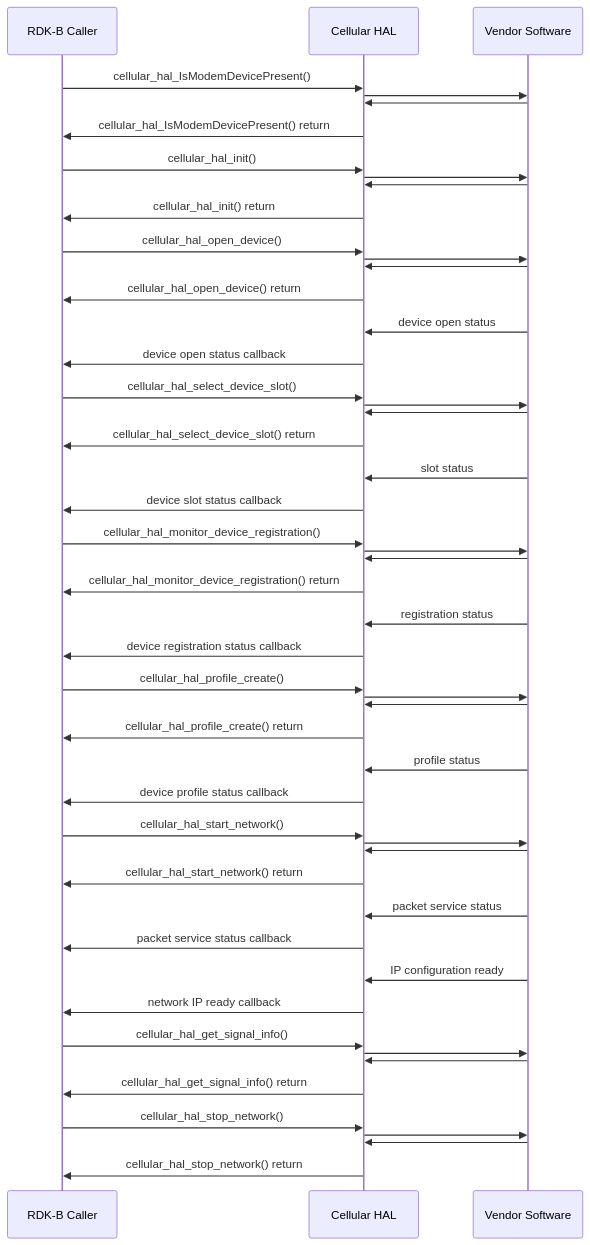
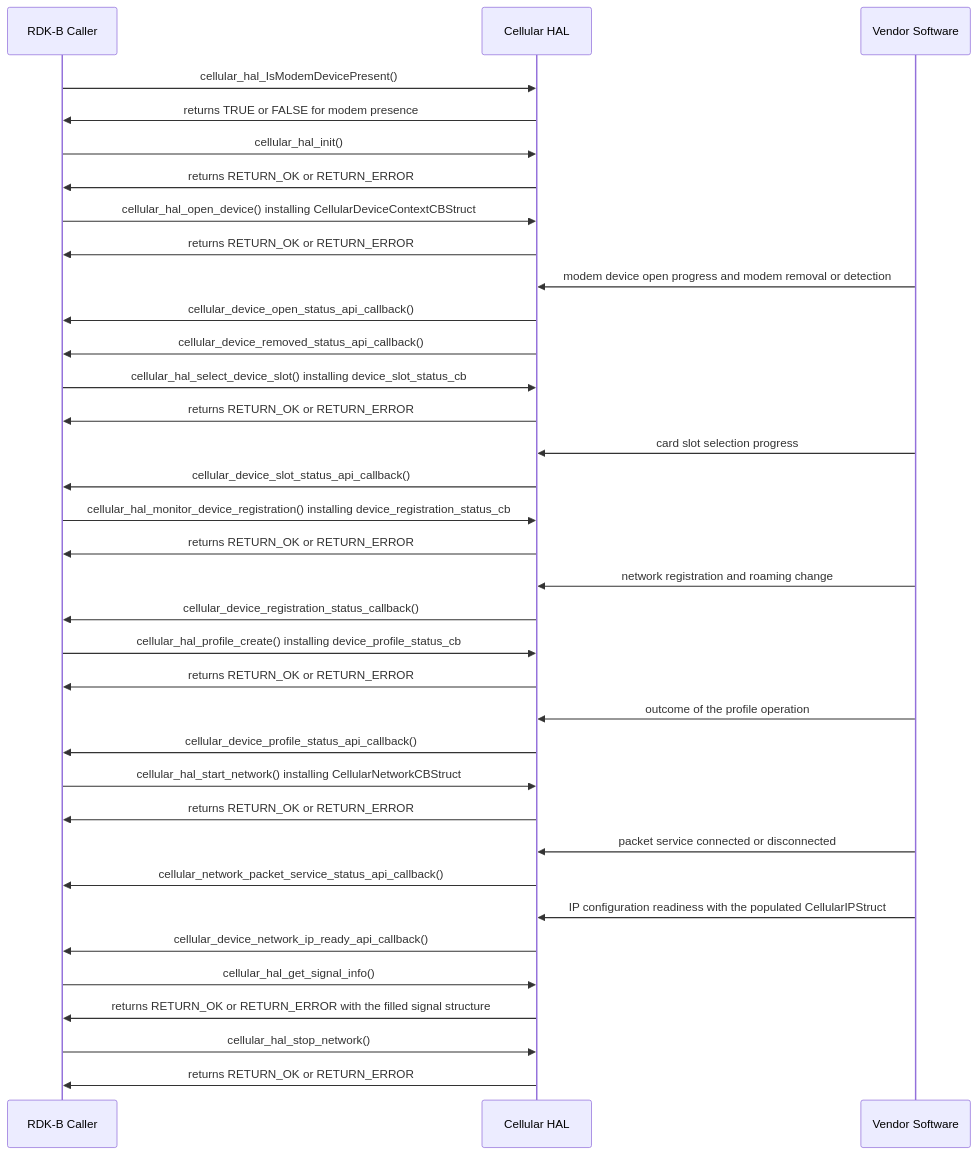
Before and after one commit to Blitzy-Sky/rdkb-halif-cellular: the second of 2 diagrams in docs/pages/halSpec.md, drawn with Mermaid. The commit also changed other lines of this file and 1 other file, not shown here.

Commit message:
Rename the HAL interface specification to docs/pages/halSpec.md, rewrite it against the canonical topic set, and deepen the inline API documentation

````diff
--- a/docs/pages/halSpec.md
+++ b/docs/pages/halSpec.md
@@ -574,62 +736,45 @@
 ```mermaid
 sequenceDiagram
 participant Caller as RDK-B Caller
 participant HAL as Cellular HAL
 participant Vendor as Vendor Software
 Caller->>HAL: cellular_hal_IsModemDevicePresent()
-HAL->>Vendor: 
-Vendor->>HAL: 
-HAL->>Caller: cellular_hal_IsModemDevicePresent() return
+HAL->>Caller: returns TRUE or FALSE for modem presence
 
 Caller->>HAL: cellular_hal_init()
-HAL->>Vendor: 
-Vendor->>HAL: 
-HAL->>Caller: cellular_hal_init() return
+HAL->>Caller: returns RETURN_OK or RETURN_ERROR
 
-Caller->>HAL: cellular_hal_open_device()
-HAL->>Vendor: 
-Vendor->>HAL: 
-HAL->>Caller: cellular_hal_open_device() return
-Vendor->>HAL: device open status
-HAL->>Caller: device open status callback
+Caller->>HAL: cellular_hal_open_device() installing CellularDeviceContextCBStruct
+HAL->>Caller: returns RETURN_OK or RETURN_ERROR
+Vendor->>HAL: modem device open progress and modem removal or detection
+HAL->>Caller: cellular_device_open_status_api_callback()
+HAL->>Caller: cellular_device_removed_status_api_callback()
 
-Caller->>HAL: cellular_hal_select_device_slot()
-HAL->>Vendor: 
-Vendor->>HAL: 
-HAL->>Caller: cellular_hal_select_device_slot() return
-Vendor->>HAL: slot status
-HAL->>Caller: device slot status callback
+Caller->>HAL: cellular_hal_select_device_slot() installing device_slot_status_cb
+HAL->>Caller: returns RETURN_OK or RETURN_ERROR
+Vendor->>HAL: card slot selection progress
+HAL->>Caller: cellular_device_slot_status_api_callback()
 
-Caller->>HAL: cellular_hal_monitor_device_registration()
-HAL->>Vendor: 
-Vendor->>HAL: 
-HAL->>Caller: cellular_hal_monitor_device_registration() return
-Vendor->>HAL: registration status
-HAL->>Caller: device registration status callback
+Caller->>HAL: cellular_hal_monitor_device_registration() installing device_registration_status_cb
+HAL->>Caller: returns RETURN_OK or RETURN_ERROR
+Vendor->>HAL: network registration and roaming change
+HAL->>Caller: cellular_device_registration_status_callback()
 
-Caller->>HAL: cellular_hal_profile_create()
-HAL->>Vendor: 
-Vendor->>HAL: 
-HAL->>Caller: cellular_hal_profile_create() return
-Vendor->>HAL: profile status
-HAL->>Caller: device profile status callback
+Caller->>HAL: cellular_hal_profile_create() installing device_profile_status_cb
+HAL->>Caller: returns RETURN_OK or RETURN_ERROR
+Vendor->>HAL: outcome of the profile operation
+HAL->>Caller: cellular_device_profile_status_api_callback()
 
-Caller->>HAL: cellular_hal_start_network()
-HAL->>Vendor: 
-Vendor->>HAL: 
-HAL->>Caller: cellular_hal_start_network() return
-Vendor->>HAL: packet service status
-HAL->>Caller: packet service status callback
-Vendor->>HAL: IP configuration ready
-HAL->>Caller: network IP ready callback
+Caller->>HAL: cellular_hal_start_network() installing CellularNetworkCBStruct
+HAL->>Caller: returns RETURN_OK or RETURN_ERROR
+Vendor->>HAL: packet service connected or disconnected
+HAL->>Caller: cellular_network_packet_service_status_api_callback()
+Vendor->>HAL: IP configuration readiness with the populated CellularIPStruct
+HAL->>Caller: cellular_device_network_ip_ready_api_callback()
 
 Caller->>HAL: cellular_hal_get_signal_info()
-HAL->>Vendor: 
-Vendor->>HAL: 
-HAL->>Caller: cellular_hal_get_signal_info() return
+HAL->>Caller: returns RETURN_OK or RETURN_ERROR with the filled signal structure
 
 Caller->>HAL: cellular_hal_stop_network()
-HAL->>Vendor: 
-Vendor->>HAL: 
-HAL->>Caller: cellular_hal_stop_network() return
+HAL->>Caller: returns RETURN_OK or RETURN_ERROR
 ```
````
